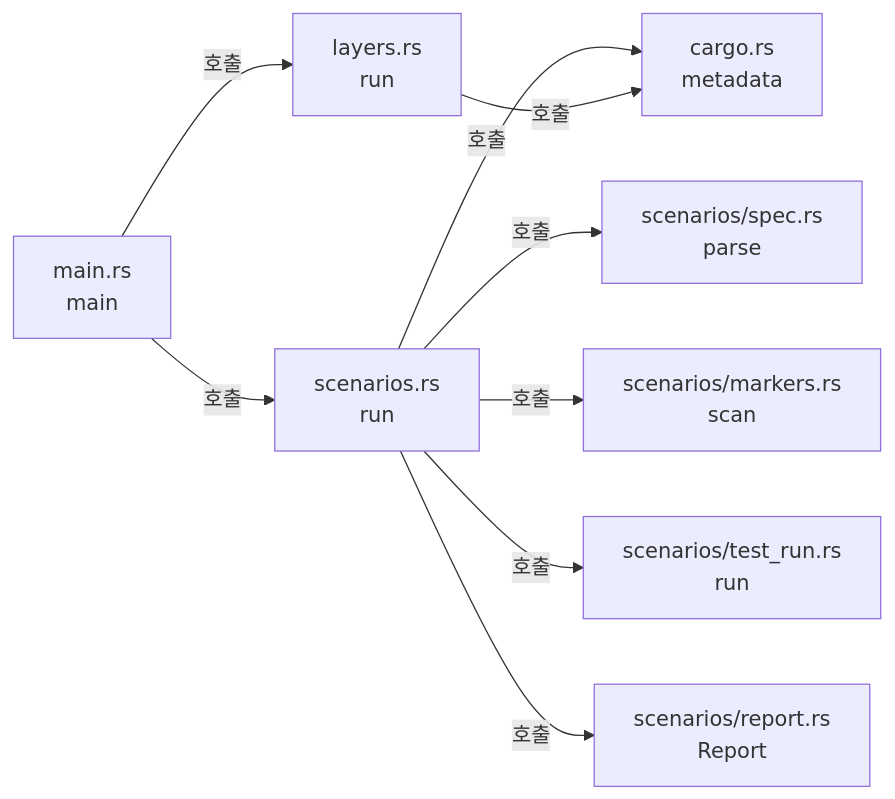
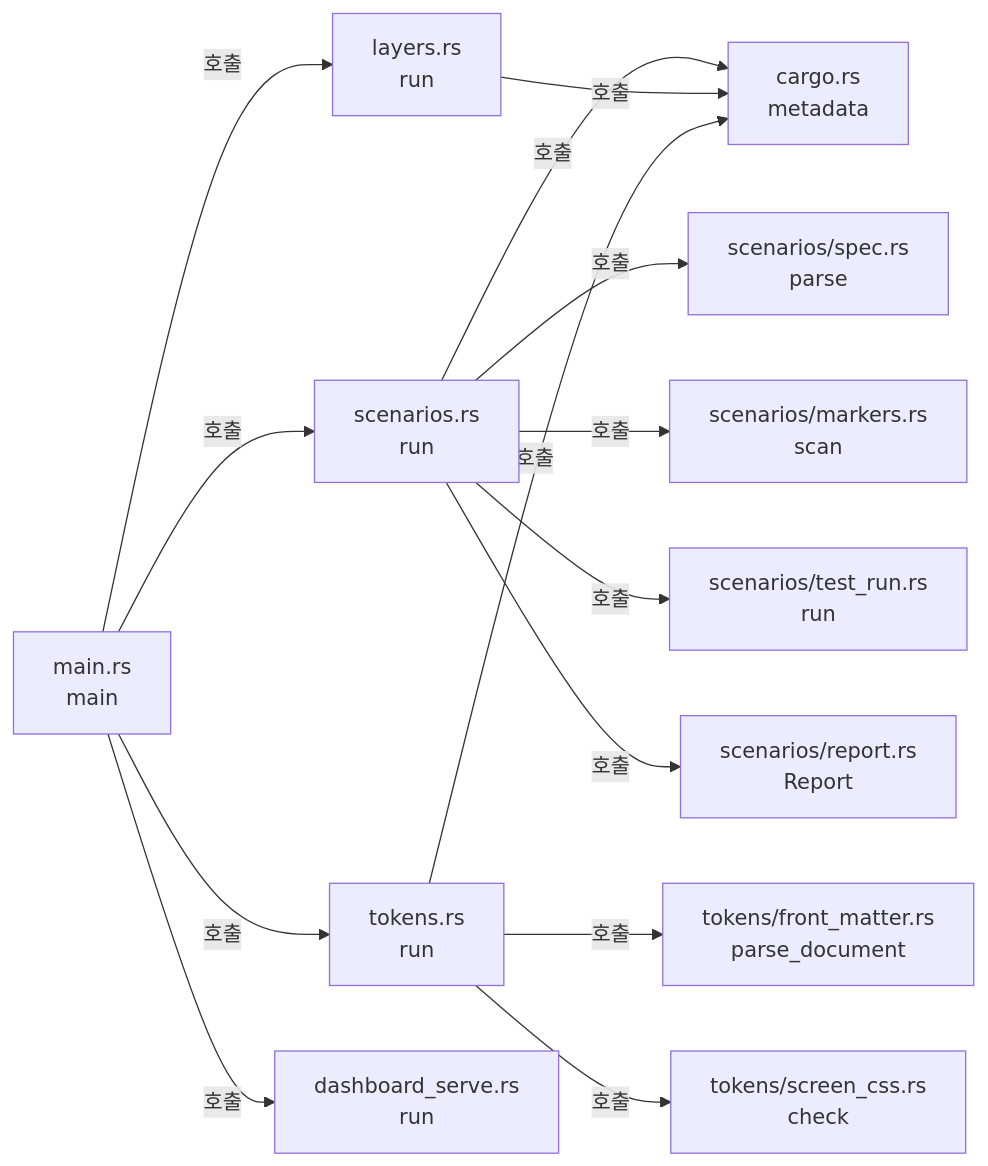
One commit to kayden-kim/vnc-relay changed the diagram in docs/architectures/xtask.md. Above: the diagram before and after it, drawn with Mermaid. The commit also changed other lines of this file and 3 other files, not shown here.

Commit message:
docs(architectures): record dashboard components and xtask implementation

````diff
--- a/docs/architectures/xtask.md
+++ b/docs/architectures/xtask.md
@@ -33,11 +33,16 @@
 ```mermaid
 flowchart LR
     MAIN["main.rs<br/>main"] -->|"호출"| SCN["scenarios.rs<br/>run"]
     MAIN -->|"호출"| LAY["layers.rs<br/>run"]
     SCN -->|"호출"| META["cargo.rs<br/>metadata"]
     LAY -->|"호출"| META
     SCN -->|"호출"| SPEC["scenarios/spec.rs<br/>parse"]
     SCN -->|"호출"| MARK["scenarios/markers.rs<br/>scan"]
     SCN -->|"호출"| RUN["scenarios/test_run.rs<br/>run"]
     SCN -->|"호출"| REP["scenarios/report.rs<br/>Report"]
+    MAIN -->|"호출"| TOK["tokens.rs<br/>run"]
+    MAIN -->|"호출"| DSV["dashboard_serve.rs<br/>run"]
+    TOK -->|"호출"| META
+    TOK -->|"호출"| TFM["tokens/front_matter.rs<br/>parse_document"]
+    TOK -->|"호출"| TSC["tokens/screen_css.rs<br/>check"]
 ```
````
